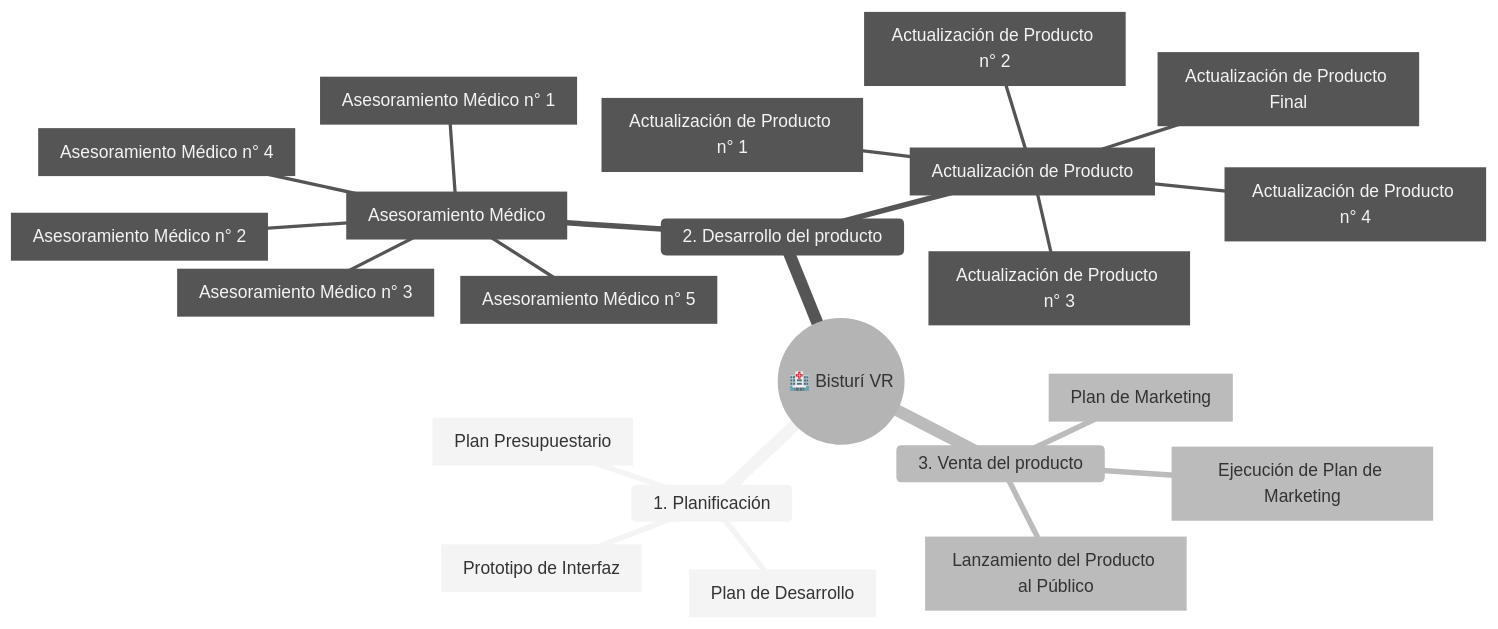
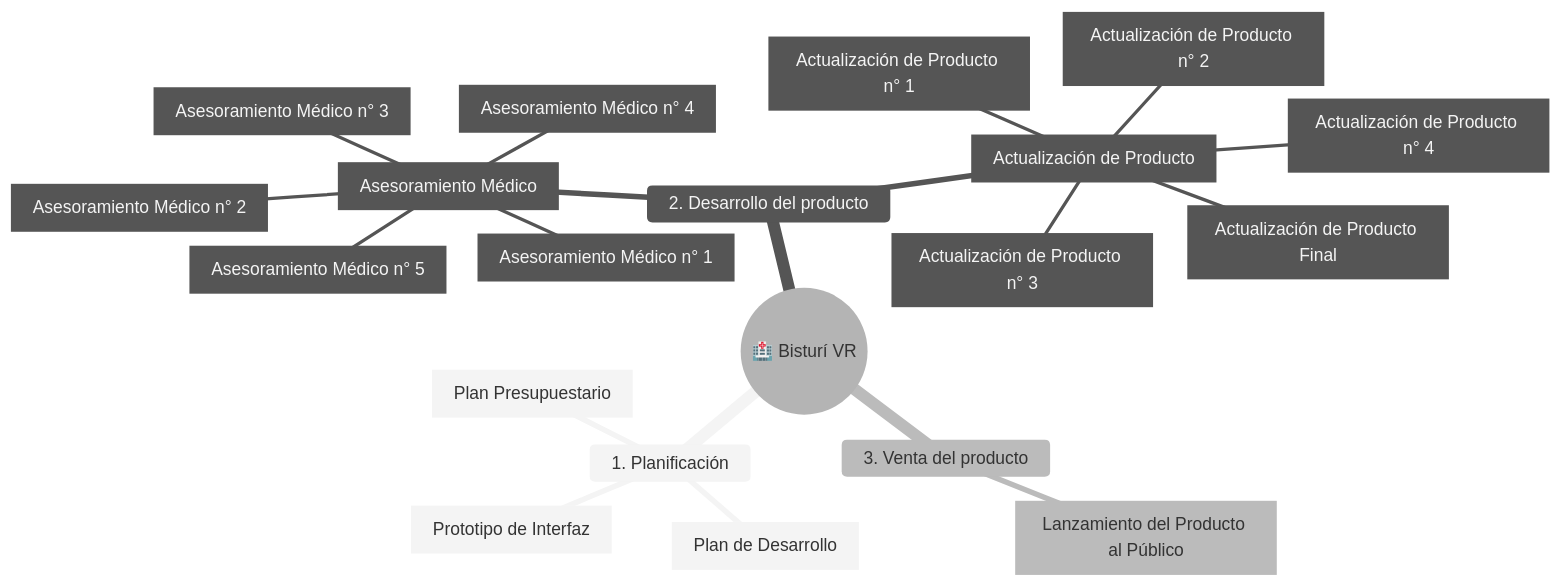
Before and after one commit to TomasGonzalez1204/plan-proyecto-gp-uner: the diagram in docs/01-plan-inicial/entregables.md, drawn with Mermaid (neutral theme).

Commit message:
Update deliverables by removing marketing sections
Removed marketing plan and execution from deliverables.

````diff
--- a/docs/01-plan-inicial/entregables.md
+++ b/docs/01-plan-inicial/entregables.md
@@ -6,26 +6,24 @@
 ```mermaid
 mindmap
   root(("🏥 Bisturí VR"))
     1. Planificación
       [Plan de Desarrollo]
       [Plan Presupuestario]
       [Prototipo de Interfaz]
     2. Desarrollo del producto
       [Asesoramiento Médico]
         [Asesoramiento Médico n° 1]
         [Asesoramiento Médico n° 2]
         [Asesoramiento Médico n° 3]
         [Asesoramiento Médico n° 4]
         [Asesoramiento Médico n° 5]
       [Actualización de Producto]
         [Actualización de Producto n° 1]
         [Actualización de Producto n° 2]
         [Actualización de Producto n° 3]
         [Actualización de Producto n° 4]
         [Actualización de Producto Final]
     3. Venta del producto
-      [Plan de Marketing]
-      [Ejecución de Plan de Marketing]
       [Lanzamiento del Producto al Público]
     
 ```
````
